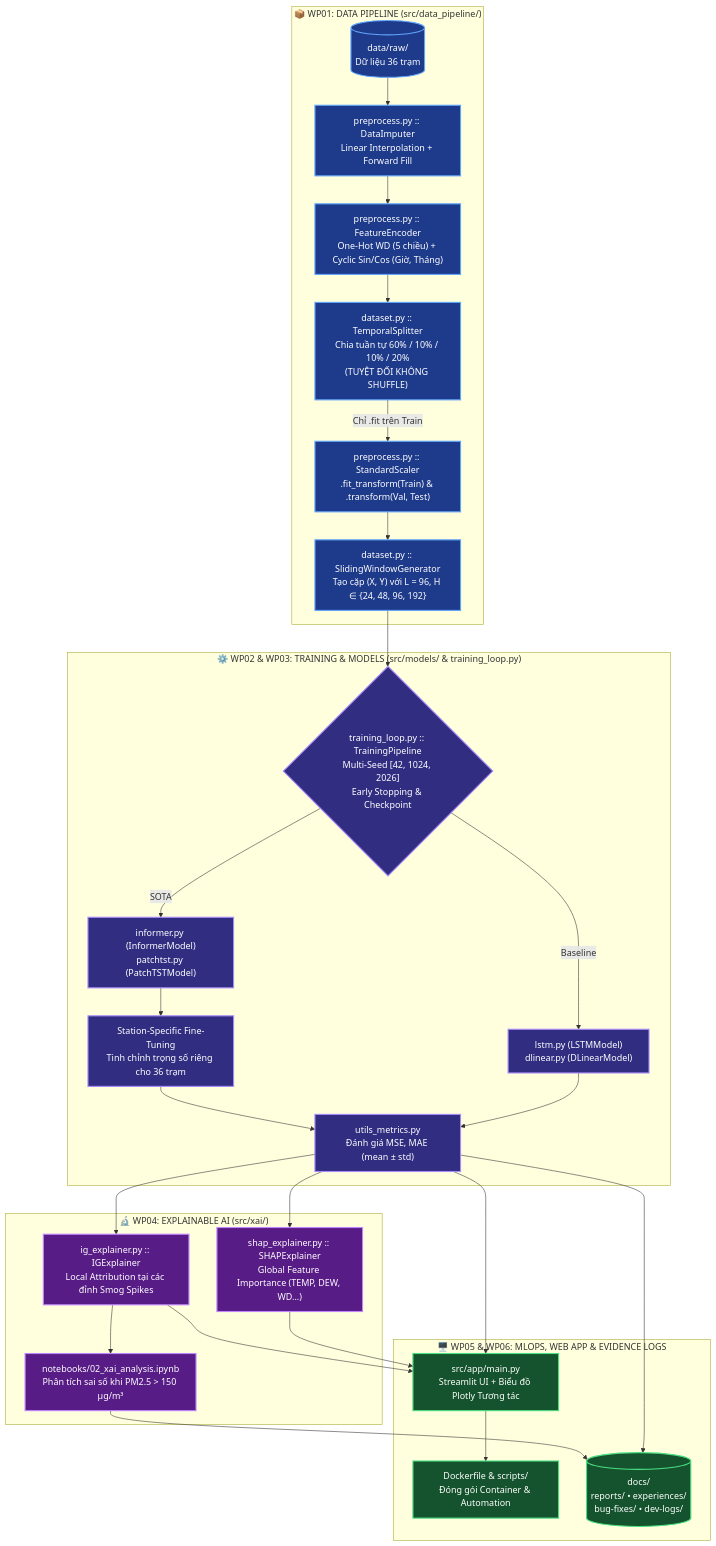
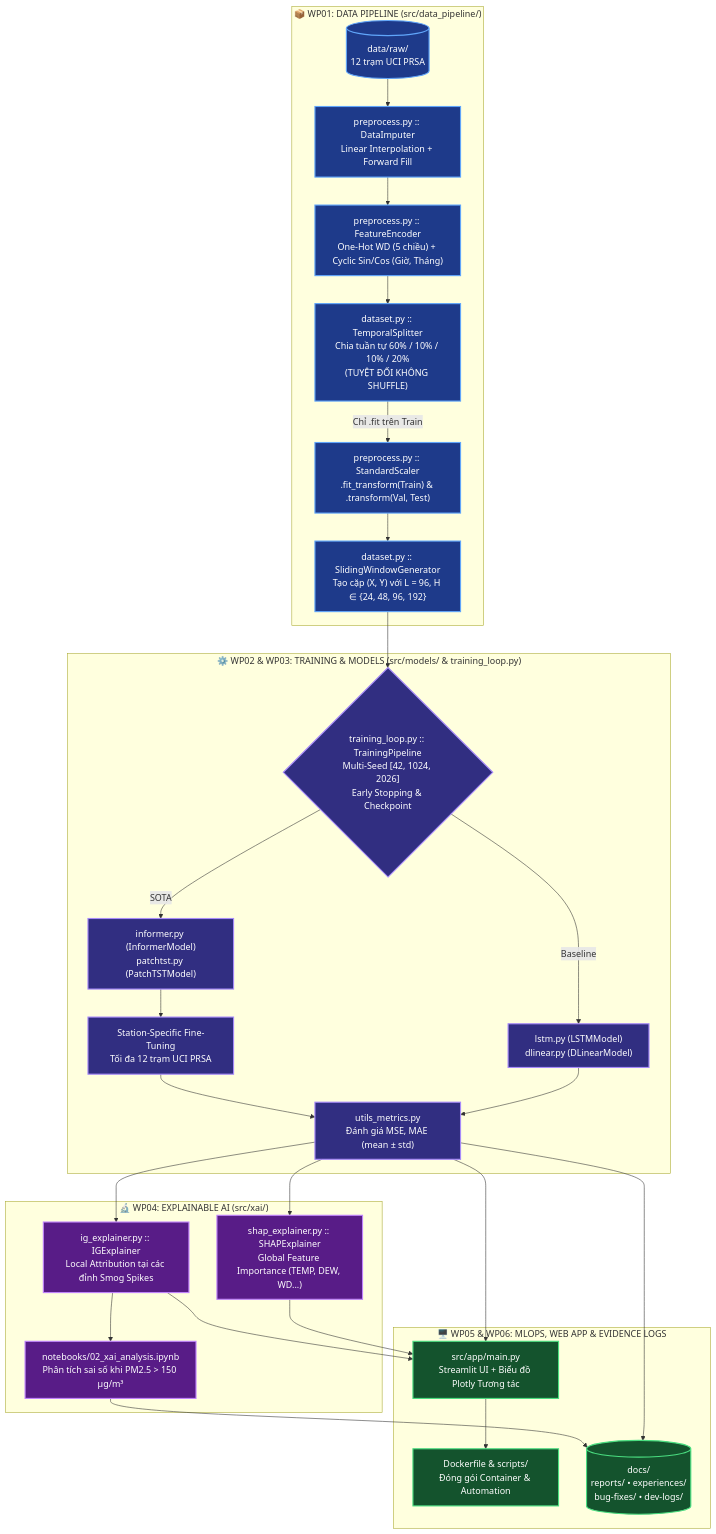
One commit to Duy-DS/Deep_Learning_Group changed the second of 4 diagrams in course_project/README.md. Above: the diagram before and after it, drawn with Mermaid. The commit also changed other lines of this file and 374 other files, not shown here.

````diff
--- a/course_project/README.md
+++ b/course_project/README.md
@@ -93,40 +93,40 @@
 ```mermaid
 graph TD
     subgraph WP01 ["📦 WP01: DATA PIPELINE (src/data_pipeline/)"]
-        Raw[("data/raw/<br/>Dữ liệu 36 trạm")] --> Impute["preprocess.py :: DataImputer<br/>Linear Interpolation + Forward Fill"]
+        Raw[("data/raw/<br/>12 trạm UCI PRSA")] --> Impute["preprocess.py :: DataImputer<br/>Linear Interpolation + Forward Fill"]
         Impute --> Encode["preprocess.py :: FeatureEncoder<br/>One-Hot WD (5 chiều) + Cyclic Sin/Cos (Giờ, Tháng)"]
         Encode --> Split["dataset.py :: TemporalSplitter<br/>Chia tuần tự 60% / 10% / 10% / 20%<br/>(TUYỆT ĐỐI KHÔNG SHUFFLE)"]
         Split -->|Chỉ .fit trên Train| Scaler["preprocess.py :: StandardScaler<br/>.fit_transform(Train) & .transform(Val, Test)"]
         Scaler --> Window["dataset.py :: SlidingWindowGenerator<br/>Tạo cặp (X, Y) với L = 96, H ∈ {24, 48, 96, 192}"]
     end
 
     subgraph WP02_03 ["⚙️ WP02 & WP03: TRAINING & MODELS (src/models/ & training_loop.py)"]
         Window --> Loop{"training_loop.py :: TrainingPipeline<br/>Multi-Seed [42, 1024, 2026]<br/>Early Stopping & Checkpoint"}
         Loop -->|Baseline| BaseM["lstm.py (LSTMModel)<br/>dlinear.py (DLinearModel)"]
         Loop -->|SOTA| SotaM["informer.py (InformerModel)<br/>patchtst.py (PatchTSTModel)"]
-        SotaM --> FT["Station-Specific Fine-Tuning<br/>Tinh chỉnh trọng số riêng cho 36 trạm"]
+        SotaM --> FT["Station-Specific Fine-Tuning<br/>Tối đa 12 trạm UCI PRSA"]
         BaseM --> Metrics["utils_metrics.py<br/>Đánh giá MSE, MAE (mean ± std)"]
         FT --> Metrics
     end
 
     subgraph WP04 ["🔬 WP04: EXPLAINABLE AI (src/xai/)"]
         Metrics --> SHAP["shap_explainer.py :: SHAPExplainer<br/>Global Feature Importance (TEMP, DEW, WD...)"]
         Metrics --> IG["ig_explainer.py :: IGExplainer<br/>Local Attribution tại các đỉnh Smog Spikes"]
         IG --> ErrorNB["notebooks/02_xai_analysis.ipynb<br/>Phân tích sai số khi PM2.5 > 150 µg/m³"]
     end
 
     subgraph WP05_06 ["🖥️ WP05 & WP06: MLOPS, WEB APP & EVIDENCE LOGS"]
         SHAP & IG & Metrics --> App["src/app/main.py<br/>Streamlit UI + Biểu đồ Plotly Tương tác"]
         App --> Docker["Dockerfile & scripts/<br/>Đóng gói Container & Automation"]
         Metrics & ErrorNB --> Docs[("docs/<br/>reports/ • experiences/<br/>bug-fixes/ • dev-logs/")]
     end
 
     classDef wp1 fill:#1e3a8a,stroke:#60a5fa,stroke-width:2px,color:#fff;
     classDef wp23 fill:#312e81,stroke:#a78bfa,stroke-width:2px,color:#fff;
     classDef wp4 fill:#581c87,stroke:#c084fc,stroke-width:2px,color:#fff;
     classDef wp56 fill:#14532d,stroke:#4ade80,stroke-width:2px,color:#fff;
     class Raw,Impute,Encode,Split,Scaler,Window wp1;
     class Loop,BaseM,SotaM,FT,Metrics wp23;
     class SHAP,IG,ErrorNB wp4;
     class App,Docker,Docs wp56;
 ```
````
